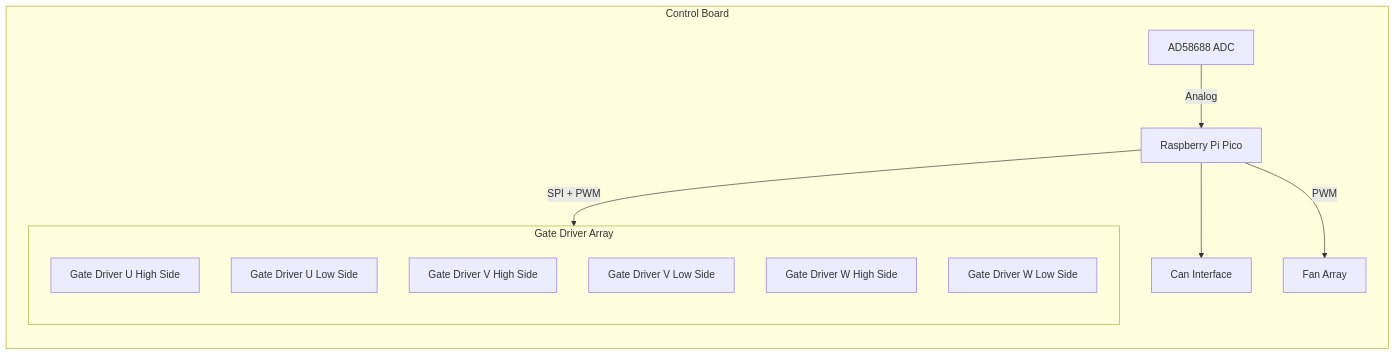
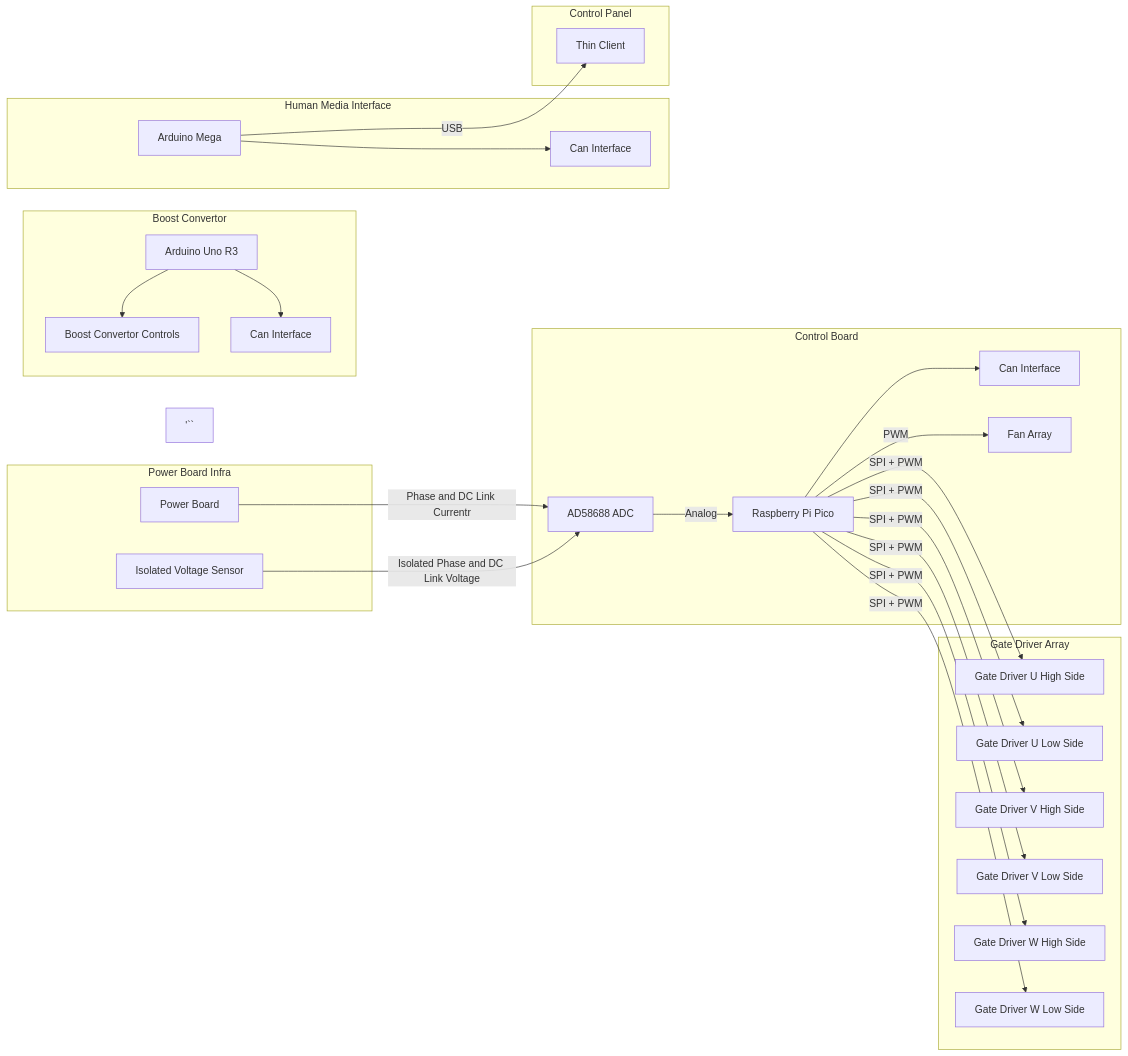
Before and after one commit to Slugbotics/railspeeder-docs: the diagram in docs/Railspeeder-Systems.md, drawn with Mermaid. The commit also changed 1 other file, not shown here.

Commit message:
Systems chart work

````diff
--- a/docs/Railspeeder-Systems.md
+++ b/docs/Railspeeder-Systems.md
@@ -17,26 +17,62 @@
 ```mermaid
 flowchart LR
 
     subgraph CB[Control Board]
         PICO[Raspberry Pi Pico]
         ADC[AD58688 ADC]
         CAN[Can Interface]
         FAN[Fan Array]
 
         ADC-->|Analog|PICO
 
         PICO-->CAN
-        PICO-->|PWM|FAN
-
-        PICO-->|SPI + PWM|GDA
+        PICO-->|PWM|FAN        
     end
 
     subgraph GDA[Gate Driver Array]
         UH[Gate Driver U High Side]
         UL[Gate Driver U Low Side]
         VH[Gate Driver V High Side]
         VL[Gate Driver V Low Side]
         WH[Gate Driver W High Side]
         WL[Gate Driver W Low Side]
+
+        PICO-->|SPI + PWM|UH
+        PICO-->|SPI + PWM|UL
+        PICO-->|SPI + PWM|VH
+        PICO-->|SPI + PWM|VL
+        PICO-->|SPI + PWM|WH
+        PICO-->|SPI + PWM|WL
+
     end
+
+    subgraph PBI[Power Board Infra]
+        PB[Power Board]
+        IV[Isolated Voltage Sensor]
+
+        PB-->|Phase and DC Link Currentr|ADC
+        IV-->|Isolated Phase and DC Link Voltage|ADC
+    end
+
+    subgraph BC[Boost Convertor]
+        R3[Arduino Uno R3]
+        BCC[Boost Convertor Controls]
+        CAB[Can Interface]
+
+        R3-->BCC
+        R3-->CAB
+    end
+
+    subgraph HMI[Human Media Interface]
+        AM[Arduino Mega]
+        CAH[Can Interface]
+
+        AM-->CAH
+    end
+
+    subgraph CP[Control Panel]
+        TC[Thin Client]
+        AM-->|USB|TC
+    end
+'``
 ```
````
